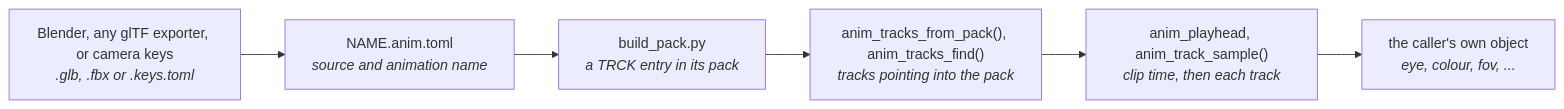
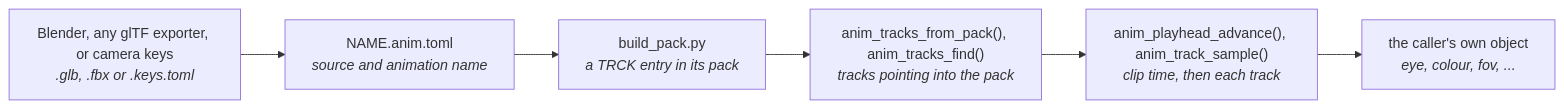
One commit to jose-villegas/autana changed the diagram in docs/Animation-Tracks.md. Above: the diagram before and after it, drawn with Mermaid. The commit also changed other lines of this file and 2 other files, not shown here.

Commit message:
docs: one playhead in the anim examples; each fact once; list the playback suite

````diff
--- a/docs/Animation-Tracks.md
+++ b/docs/Animation-Tracks.md
@@ -14,8 +14,8 @@
 ```mermaid
 flowchart LR
     Author["Blender, any glTF exporter, or camera keys<br/><i>.glb, .fbx or .keys.toml</i>"] --> Anim["NAME.anim.toml<br/><i>source and animation name</i>"]
     Anim --> Pack["build_pack.py<br/><i>a TRCK entry in its pack</i>"]
     Pack --> Open["anim_tracks_from_pack(), anim_tracks_find()<br/><i>tracks pointing into the pack</i>"]
-    Open --> Sample["anim_playhead, anim_track_sample()<br/><i>clip time, then each track</i>"]
+    Open --> Sample["anim_playhead_advance(), anim_track_sample()<br/><i>clip time, then each track</i>"]
     Sample --> Caller["the caller's own object<br/><i>eye, colour, fov, ...</i>"]
 ```
````
